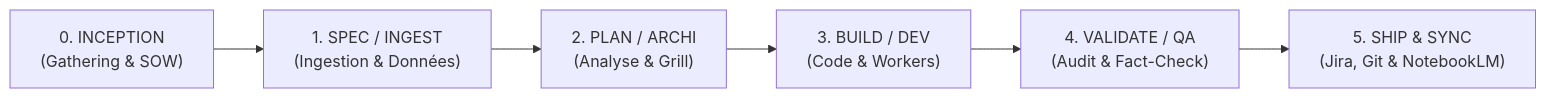
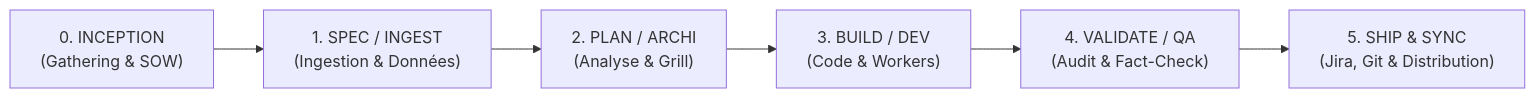
One commit to Marco-Lefrancois/memory-loop changed the diagram in standards/protocols/CLI_PIPELINE_GUIDE.md. Above: the diagram before and after it, drawn with Mermaid. The commit also changed other lines of this file and 38 other files, not shown here.

````diff
--- a/standards/protocols/CLI_PIPELINE_GUIDE.md
+++ b/standards/protocols/CLI_PIPELINE_GUIDE.md
@@ -24,8 +24,8 @@
 ```mermaid
 flowchart LR
     P0["0. INCEPTION<br>(Gathering & SOW)"] --> P1["1. SPEC / INGEST<br>(Ingestion & Données)"]
     P1 --> P2["2. PLAN / ARCHI<br>(Analyse & Grill)"]
     P2 --> P3["3. BUILD / DEV<br>(Code & Workers)"]
     P3 --> P4["4. VALIDATE / QA<br>(Audit & Fact-Check)"]
-    P4 --> P5["5. SHIP & SYNC<br>(Jira, Git & NotebookLM)"]
+    P4 --> P5["5. SHIP & SYNC<br>(Jira, Git & Distribution)"]
 ```
````
